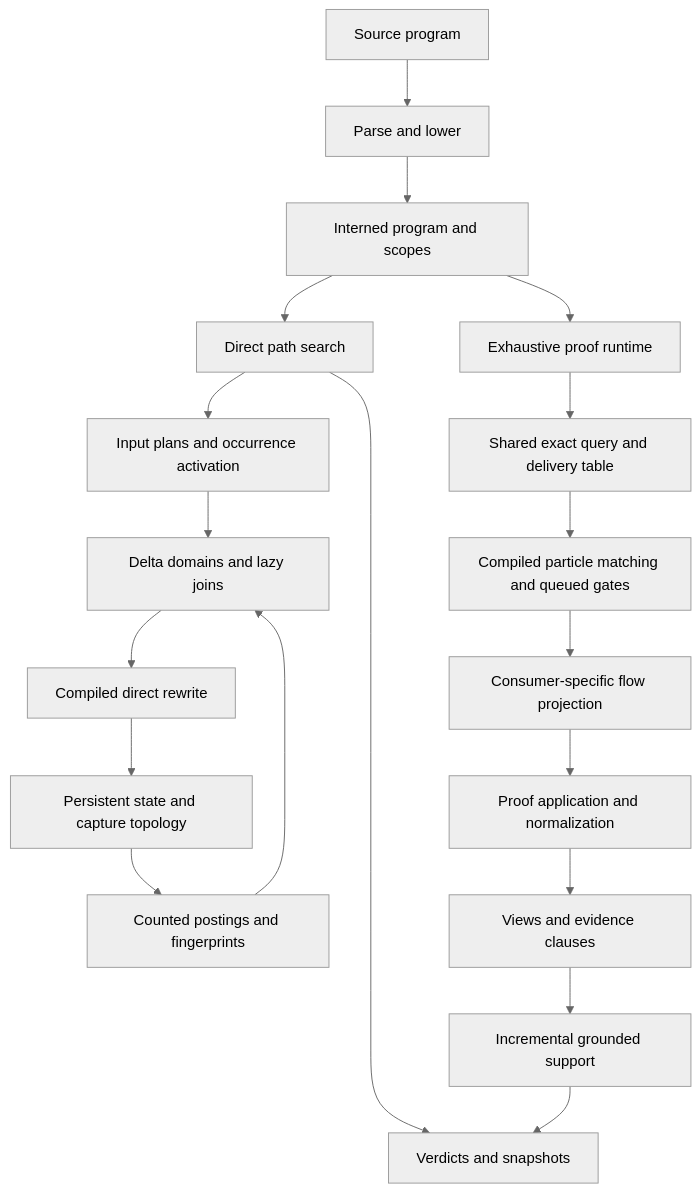
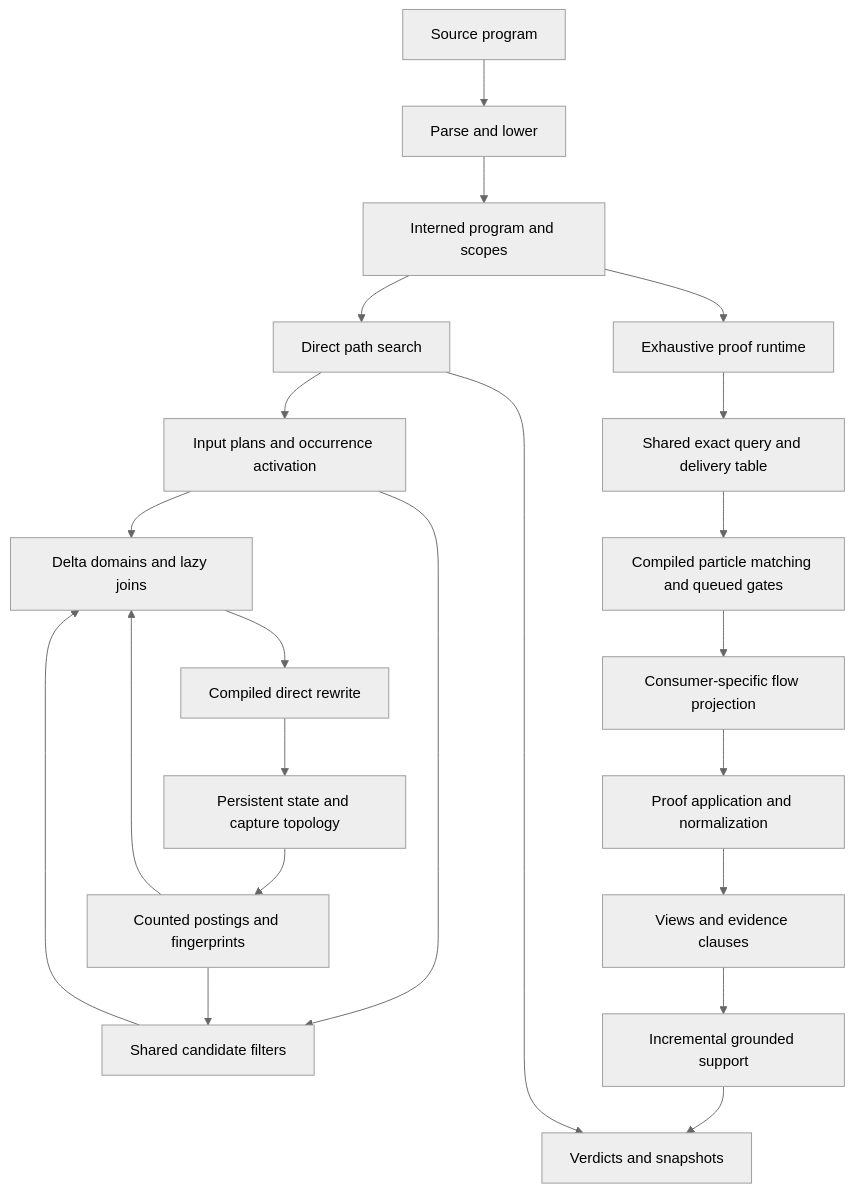
One commit to Vantle/photonic changed the diagram in document/architecture.md. Above: the diagram before and after it, drawn with Mermaid (neutral theme). The commit also changed other lines of this file and 19 other files, not shown here.

First line of the commit message:
Share candidate filters and maintain snapshot domains

````diff
--- a/document/architecture.md
+++ b/document/architecture.md
@@ -28,21 +28,24 @@
 ```mermaid
 flowchart TD
     Source[Source program] --> Frontend[Parse and lower]
     Frontend --> Program[Interned program and scopes]
     Program --> Path[Direct path search]
     Program --> Runtime[Exhaustive proof runtime]
     Path --> Dispatch[Input plans and occurrence activation]
     Dispatch --> Join[Delta domains and lazy joins]
+    Dispatch --> Filter[Shared candidate filters]
+    Index --> Filter
+    Filter --> Join
     Join --> Rewrite[Compiled direct rewrite]
     Rewrite --> State[Persistent state and capture topology]
     State --> Index[Counted postings and fingerprints]
     Index --> Join
     Runtime --> Table[Shared exact query and delivery table]
     Table --> Gate[Compiled particle matching and queued gates]
     Gate --> Projection[Consumer-specific flow projection]
     Projection --> Application[Proof application and normalization]
     Application --> Evidence[Views and evidence clauses]
     Evidence --> Proof[Incremental grounded support]
     Proof --> Report[Verdicts and snapshots]
     Path --> Report
 ```
````
